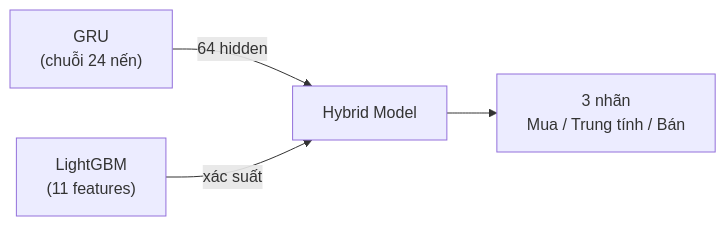
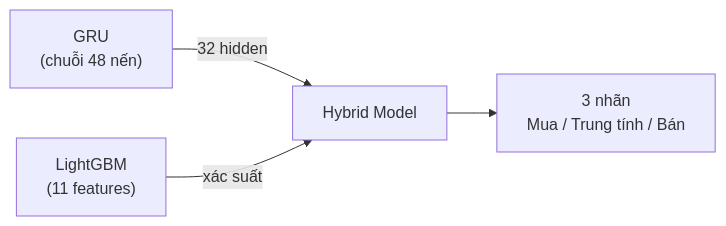
The second of 2 diagrams in README.md (ultimateBroK/thesis-hybrid-stacking), drawn with Mermaid before and after one commit. The commit also changed other lines of this file and 15 other files, not shown here.

````diff
--- a/README.md
+++ b/README.md
@@ -159,6 +159,6 @@
 ```mermaid
 flowchart LR
-    GRU["GRU<br/>(chuỗi 24 nến)"] -->|"64 hidden"| Stack
+    GRU["GRU<br/>(chuỗi 48 nến)"] -->|"32 hidden"| Stack
     LGB["LightGBM<br/>(11 features)"] -->|"xác suất"| Stack
     Stack["Hybrid Model"] --> Pred["3 nhãn<br/>Mua / Trung tính / Bán"]
 ```
````
